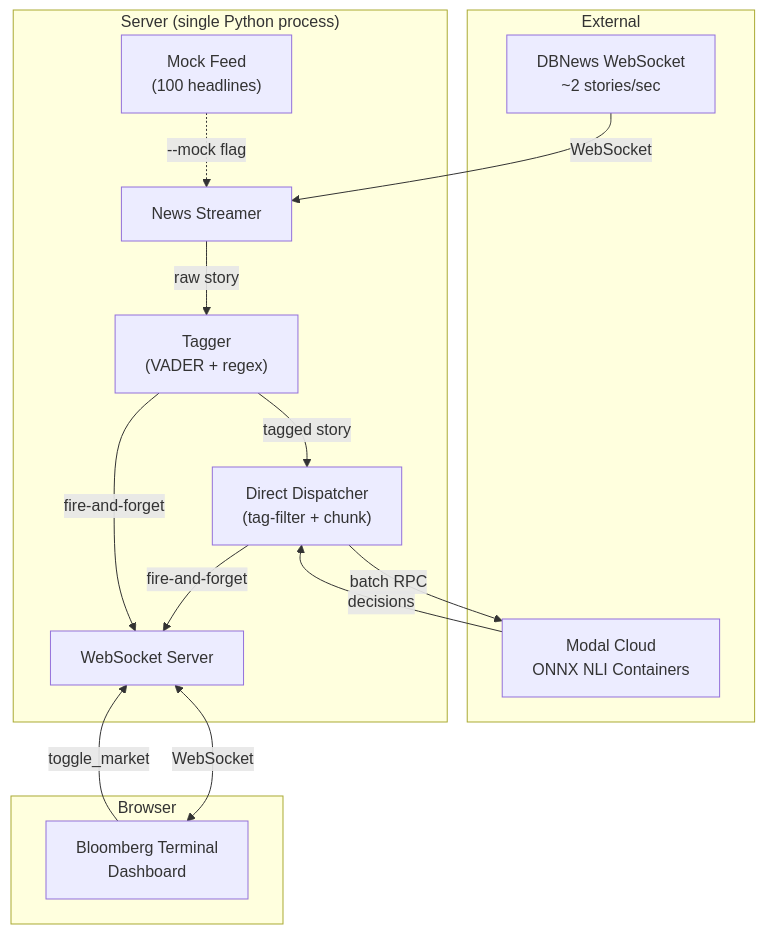
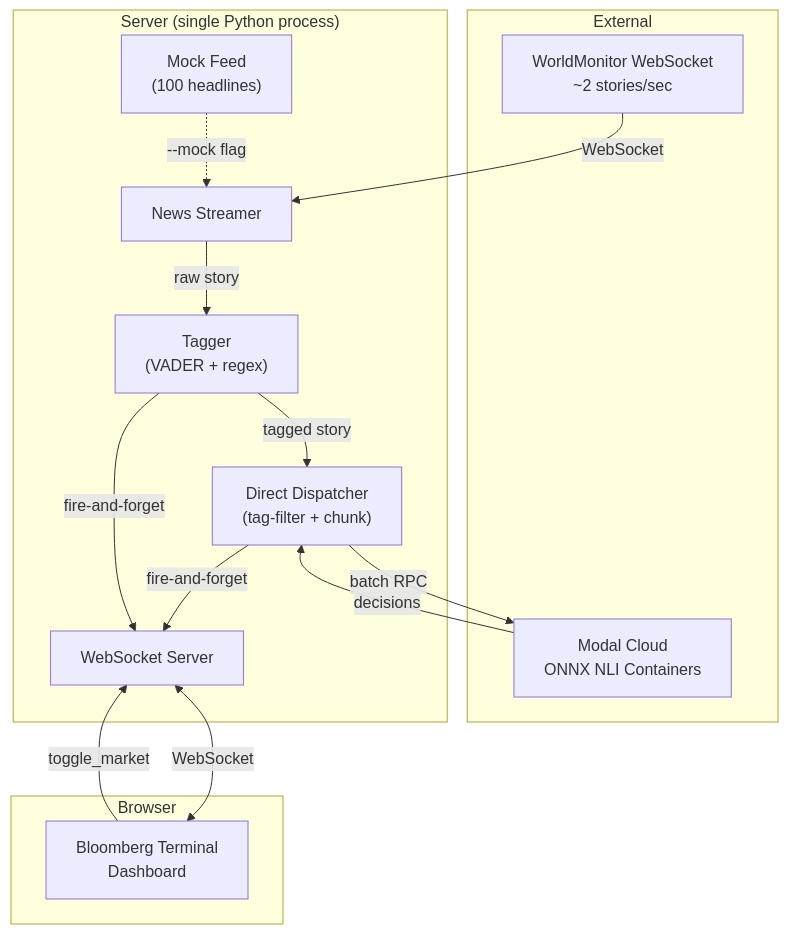
Before and after one commit to ArslanKamchybekov/trademaxxer: the first of 16 diagrams in ARCHITECTURE.md, drawn with Mermaid. The commit also changed other lines of this file and 3 other files, not shown here.

First line of the commit message:
refactor(docs): update references from DBNews to WorldMonitor across documentation

````diff
--- a/ARCHITECTURE.md
+++ b/ARCHITECTURE.md
@@ -9,30 +9,30 @@
 ```mermaid
 graph TB
     subgraph Internet["External"]
-        DB["DBNews WebSocket<br/>~2 stories/sec"]
+        DB["WorldMonitor WebSocket<br/>~2 stories/sec"]
         MODAL["Modal Cloud<br/>ONNX NLI Containers"]
     end
 
     subgraph VPS["Server (single Python process)"]
         NEWS["News Streamer"]
         TAG["Tagger<br/>(VADER + regex)"]
         DISP["Direct Dispatcher<br/>(tag-filter + chunk)"]
         WS["WebSocket Server"]
         MOCK["Mock Feed<br/>(100 headlines)"]
     end
 
     subgraph Client["Browser"]
         DASH["Bloomberg Terminal<br/>Dashboard"]
     end
 
     DB -->|WebSocket| NEWS
     MOCK -.->|--mock flag| NEWS
     NEWS -->|raw story| TAG
     TAG -->|tagged story| DISP
     DISP -->|batch RPC| MODAL
     MODAL -->|decisions| DISP
     DISP -->|fire-and-forget| WS
     TAG -->|fire-and-forget| WS
     WS <-->|WebSocket| DASH
     DASH -->|toggle_market| WS
 ```
````
